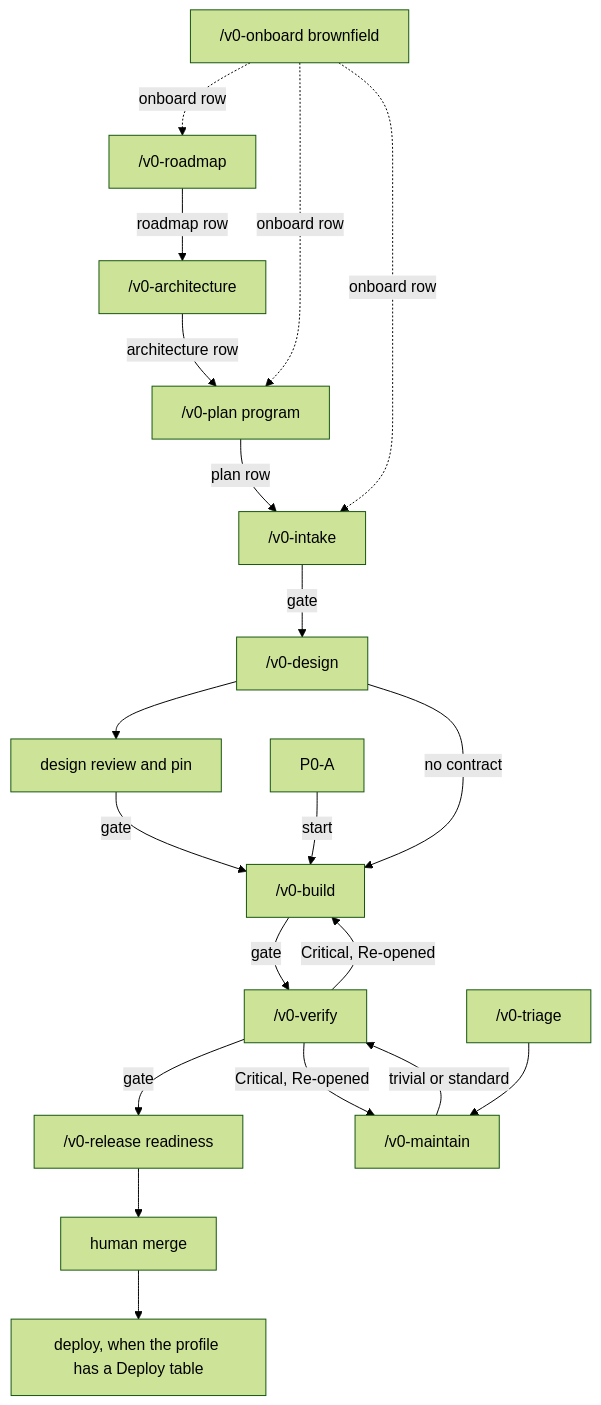
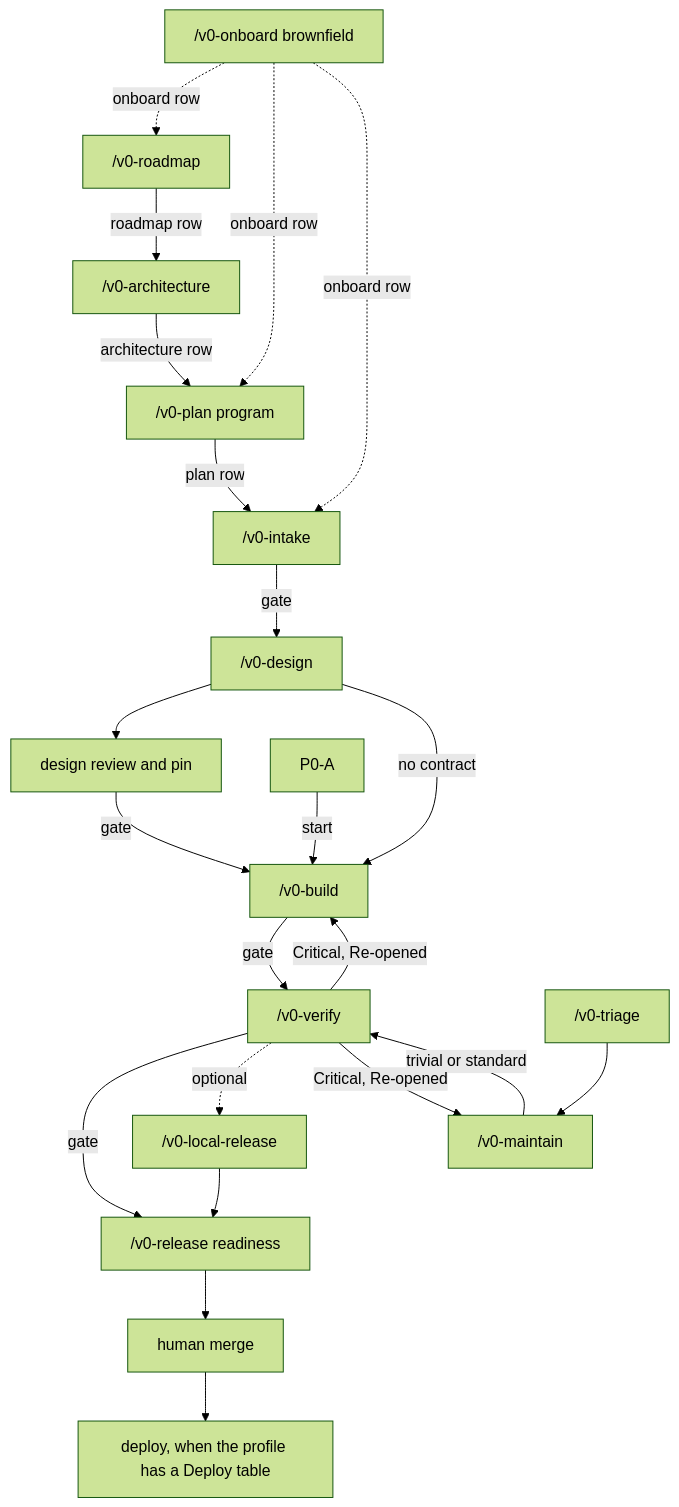
One commit to mdurana/agents-v0-kit changed the diagram in templates/docs/agents-v0/agents-v0-kit.md. Above: the diagram before and after it, drawn with Mermaid (forest theme). The commit also changed other lines of this file and 26 other files, not shown here.

Commit message:
agents-v0 add optional local release phase

````diff
--- a/templates/docs/agents-v0/agents-v0-kit.md
+++ b/templates/docs/agents-v0/agents-v0-kit.md
@@ -9,38 +9,41 @@
 ```mermaid
 flowchart TD
   onboard["/v0-onboard brownfield"]
   roadmap["/v0-roadmap"]
   arch["/v0-architecture"]
   plan["/v0-plan program"]
   intake["/v0-intake"]
   design["/v0-design"]
   dreview["design review and pin"]
   build["/v0-build"]
   p0["P0-A"]
   verify["/v0-verify"]
+  localrel["/v0-local-release"]
   release["/v0-release readiness"]
   merge["human merge"]
   deploy["deploy, when the profile has a Deploy table"]
   triage["/v0-triage"]
   maintain["/v0-maintain"]
 
   onboard -.->|onboard row| roadmap
   onboard -.->|onboard row| plan
   onboard -.->|onboard row| intake
   roadmap -->|roadmap row| arch
   arch -->|architecture row| plan
   plan -->|plan row| intake
   intake -->|gate| design
   design --> dreview
   dreview -->|gate| build
   design -->|no contract| build
   p0 -->|start| build
   build -->|gate| verify
   verify -->|Critical, Re-opened| build
   verify -->|gate| release
+  verify -.->|optional| localrel
+  localrel --> release
   release --> merge
   merge --> deploy
   triage --> maintain
   maintain -->|trivial or standard| verify
   verify -->|Critical, Re-opened| maintain
 ```
````
